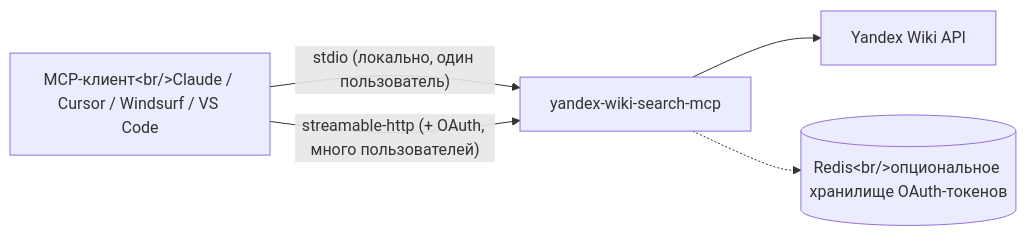
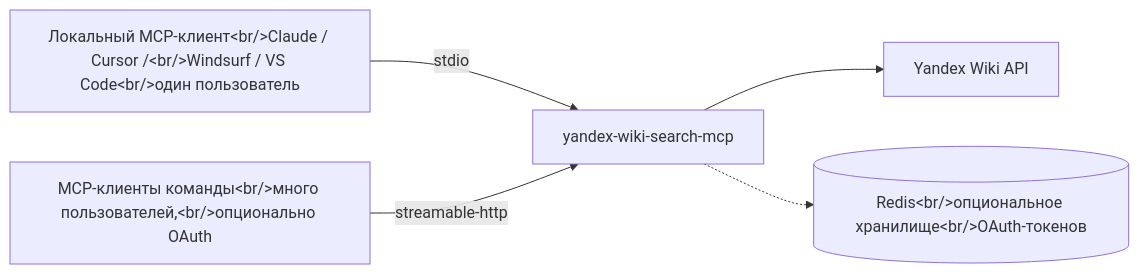
The diagram in README_ru.md (dlbolshov/yandex-wiki-search-mcp), drawn with Mermaid before and after one commit. The commit also changed 2 other files, not shown here.

Commit message:
docs(readme): redraw the Deployment diagram for Mermaid 12 (#21)
GitHub's move to Mermaid 12 broke the README Deployment diagram: two
labelled edges between the same client and server nodes now render with
their labels stacked and over the server box. Draw local (stdio) and team
(streamable-http, optional OAuth) clients as separate nodes with one short
label each, and widen node-text wrapping so the client list stops breaking
mid-name. Same change in README_ru.md. Checked with mermaid-cli 11.17 and
12.0, light and dark themes.

````diff
--- a/README_ru.md
+++ b/README_ru.md
@@ -318,11 +318,13 @@
 ```mermaid
+%%{init: {"flowchart": {"wrappingWidth": 300}}}%%
 flowchart LR
-    C["MCP-клиент&lt;br/&gt;Claude / Cursor / Windsurf / VS Code"]
+    L["Локальный MCP-клиент&lt;br/&gt;Claude / Cursor /&lt;br/&gt;Windsurf / VS Code&lt;br/&gt;один пользователь"]
+    T["MCP-клиенты команды&lt;br/&gt;много пользователей,&lt;br/&gt;опционально OAuth"]
     S["yandex-wiki-search-mcp"]
     W["Yandex Wiki API"]
-    R[("Redis&lt;br/&gt;опциональное хранилище OAuth-токенов")]
-    C -- "stdio (локально, один пользователь)" --> S
-    C -- "streamable-http (+ OAuth, много пользователей)" --> S
+    R[("Redis&lt;br/&gt;опциональное хранилище&lt;br/&gt;OAuth-токенов")]
+    L -- "stdio" --> S
+    T -- "streamable-http" --> S
     S --> W
     S -.-> R
 ```
````
